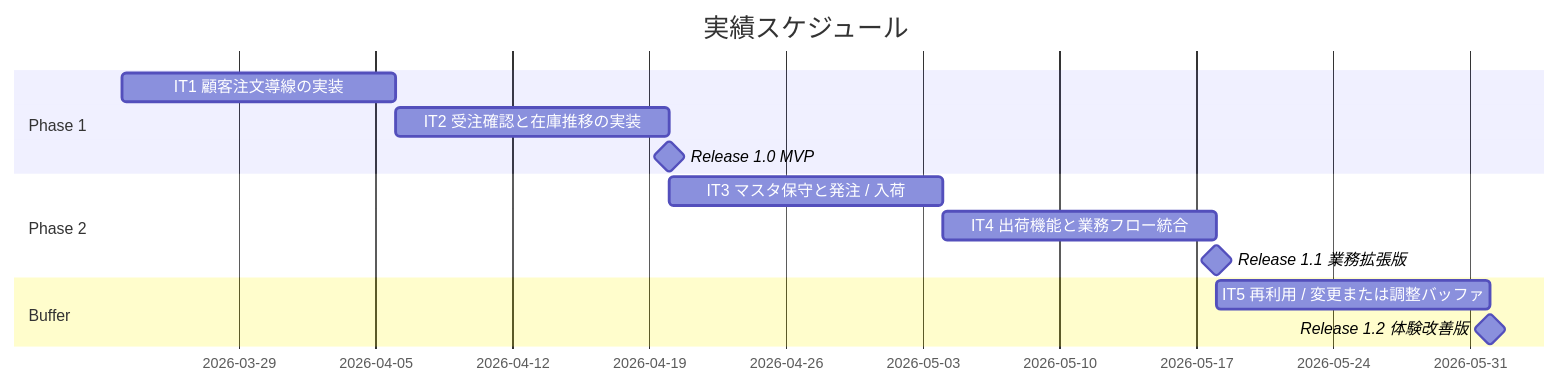
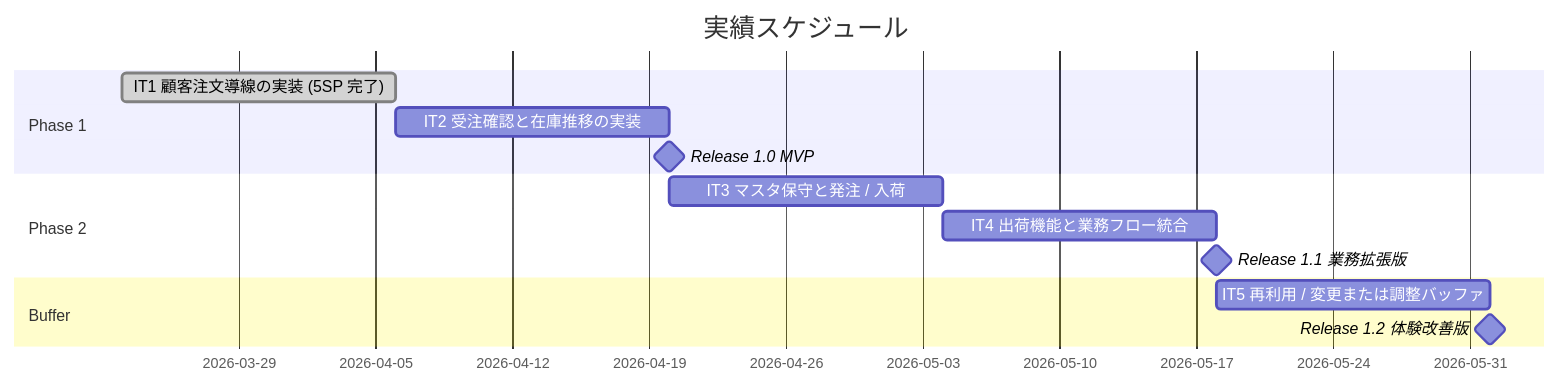
Before and after one commit to k2works/case-study-sdd-development: the second of 3 diagrams in docs/development/release_plan.md, drawn with Mermaid. The commit also changed other lines of this file and 8 other files, not shown here.

````diff
--- a/docs/development/release_plan.md
+++ b/docs/development/release_plan.md
@@ -146,16 +146,16 @@
 ```mermaid
 gantt
     title 実績スケジュール
     dateFormat  YYYY-MM-DD
     section Phase 1
-    IT1 顧客注文導線の実装              :a1, 2026-03-23, 14d
+    IT1 顧客注文導線の実装 (5SP 完了)    :done, a1, 2026-03-23, 14d
     IT2 受注確認と在庫推移の実装        :a2, after a1, 14d
     Release 1.0 MVP                    :milestone, m1, after a2, 0d
     section Phase 2
     IT3 マスタ保守と発注 / 入荷         :a3, after a2, 14d
     IT4 出荷機能と業務フロー統合        :a4, after a3, 14d
     Release 1.1 業務拡張版              :milestone, m2, after a4, 0d
     section Buffer
     IT5 再利用 / 変更または調整バッファ :a5, after a4, 14d
     Release 1.2 体験改善版              :milestone, m3, after a5, 0d
 ```
````
